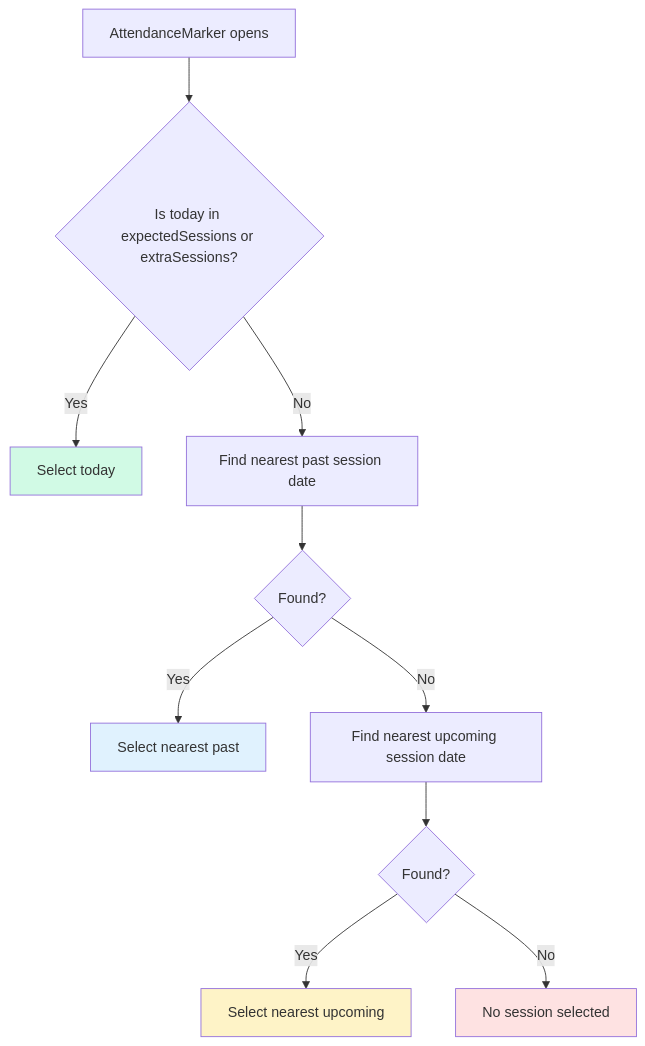
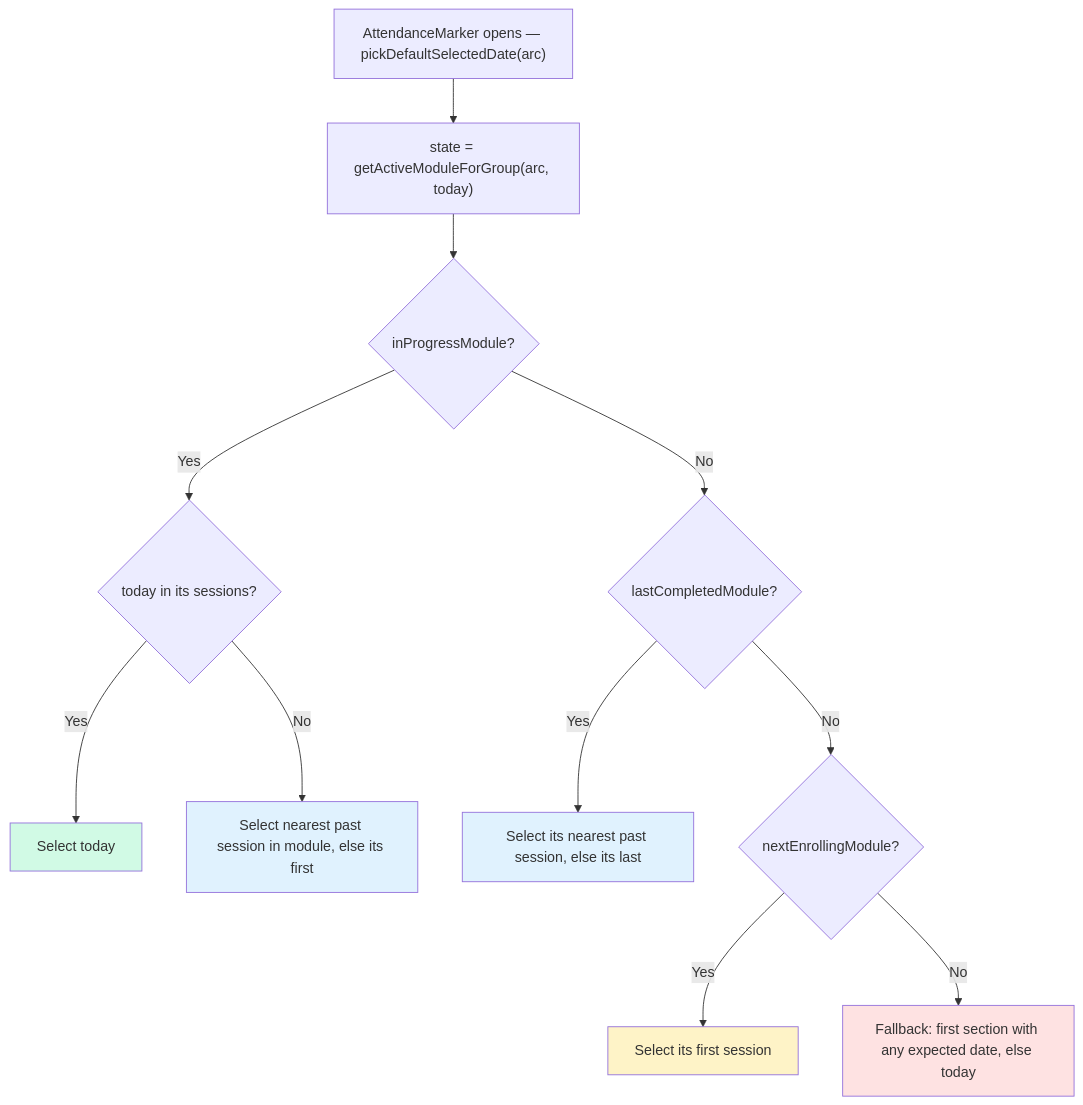
The sixth of 6 diagrams in docs/diagrams/attendance-flow.md (jpucic00/inovatic), drawn with Mermaid before and after one commit. The commit also changed other lines of this file and 2 other files, not shown here.

First line of the commit message:
Update ERD, flowchart, attendance diagrams to match current schema

````diff
--- a/docs/diagrams/attendance-flow.md
+++ b/docs/diagrams/attendance-flow.md
@@ -82,17 +138,19 @@
 ```mermaid
 flowchart TD
-    A[AttendanceMarker opens] --> B{Is today in expectedSessions or extraSessions?}
-    B -->|Yes| C[Select today]
-    B -->|No| D[Find nearest past session date]
-    D --> E{Found?}
-    E -->|Yes| F[Select nearest past]
-    E -->|No| G[Find nearest upcoming session date]
-    G --> H{Found?}
-    H -->|Yes| I[Select nearest upcoming]
-    H -->|No| J[No session selected]
+    A["AttendanceMarker opens — pickDefaultSelectedDate(arc)"] --> B["state = getActiveModuleForGroup(arc, today)"]
+    B --> C{inProgressModule?}
+    C -->|Yes| C1{today in its sessions?}
+    C1 -->|Yes| PICK1[Select today]
+    C1 -->|No| C2[Select nearest past session in module, else its first]
+    C -->|No| D{lastCompletedModule?}
+    D -->|Yes| D1[Select its nearest past session, else its last]
+    D -->|No| E{nextEnrollingModule?}
+    E -->|Yes| E1[Select its first session]
+    E -->|No| F["Fallback: first section with any expected date, else today"]
 
-    style C fill:#d1fae5
-    style F fill:#e0f2fe
-    style I fill:#fef3c7
-    style J fill:#fee2e2
+    style PICK1 fill:#d1fae5
+    style C2 fill:#e0f2fe
+    style D1 fill:#e0f2fe
+    style E1 fill:#fef3c7
+    style F fill:#fee2e2
 ```
````
